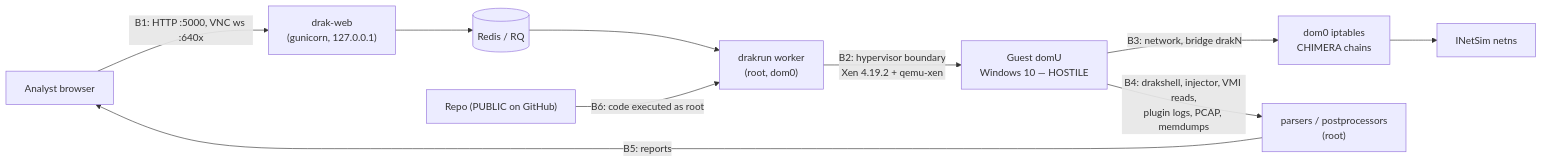
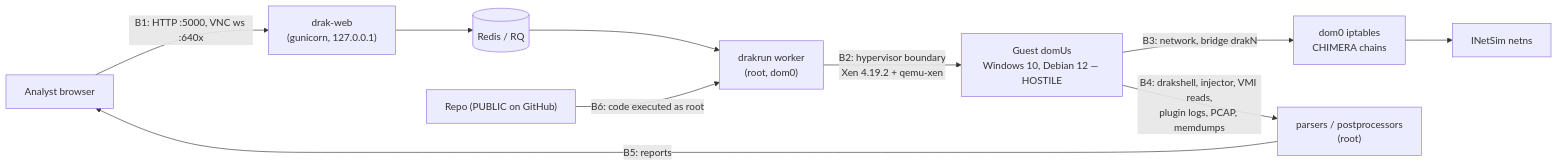
The diagram in docs/chimera/threat-model.md (Chimera-Co/drakvuf-sandbox), drawn with Mermaid before and after one commit. The commit also changed other lines of this file, not shown here.

Commit message:
docs: threat model v1.1, verified controls marked in place, Linux guest added

````diff
--- a/docs/chimera/threat-model.md
+++ b/docs/chimera/threat-model.md
@@ -12,10 +12,10 @@
 ```mermaid
 flowchart LR
     A["Analyst browser"] -->|"B1: HTTP :5000, VNC ws :640x"| W["drak-web<br/>(gunicorn, 127.0.0.1)"]
     W --> R[("Redis / RQ")] --> K["drakrun worker<br/>(root, dom0)"]
-    K -->|"B2: hypervisor boundary<br/>Xen 4.19.2 + qemu-xen"| G["Guest domU<br/>Windows 10 — HOSTILE"]
+    K -->|"B2: hypervisor boundary<br/>Xen 4.19.2 + qemu-xen"| G["Guest domUs<br/>Windows 10, Debian 12 — HOSTILE"]
     G -->|"B3: network, bridge drakN"| F["dom0 iptables<br/>CHIMERA chains"] --> I["INetSim netns"]
     G -->|"B4: drakshell, injector, VMI reads,<br/>plugin logs, PCAP, memdumps"| P["parsers / postprocessors<br/>(root)"]
     P -->|"B5: reports"| A
     S["Repo (PUBLIC on GitHub)"] -->|"B6: code executed as root"| K
 ```
````
